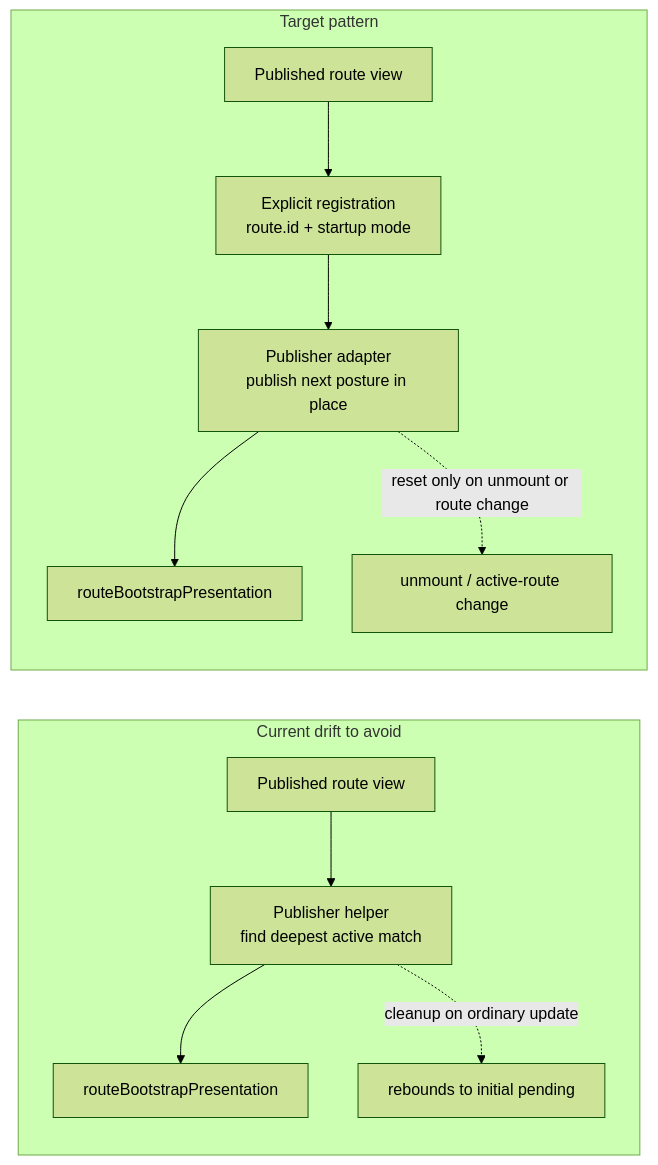
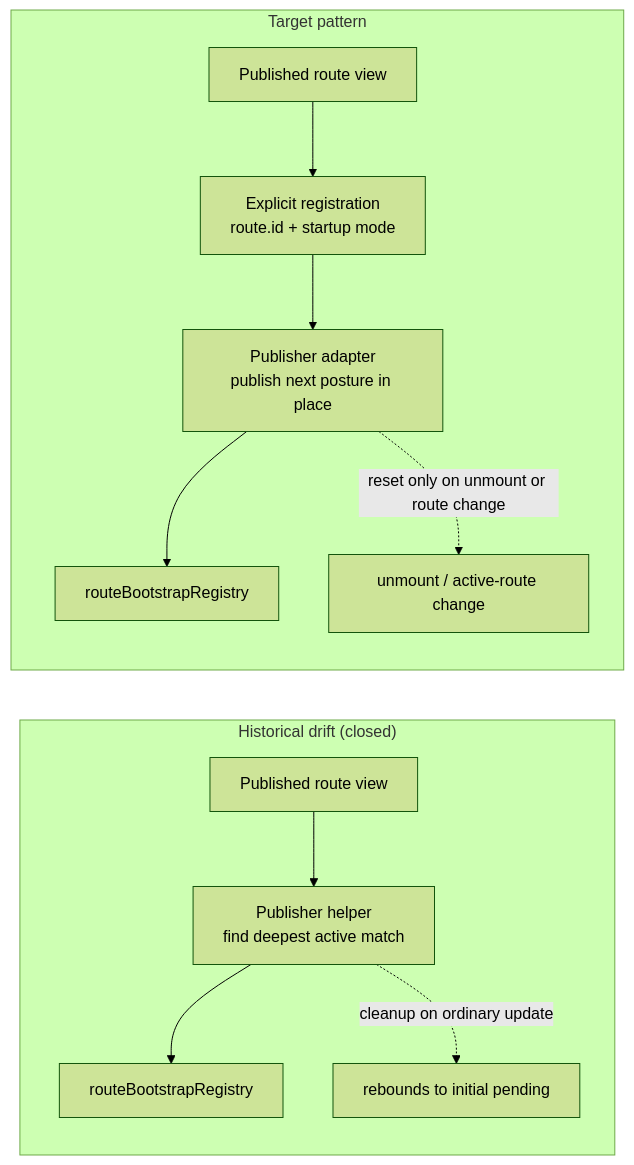
The fifth of 6 diagrams in docs/architecture/components/web/graph/canvas-component-map-and-modernization-review.md (dunay2/dvt), drawn with Mermaid (forest theme) before and after one commit. The commit also changed other lines of this file and 34 other files, not shown here.

Commit message:
refactor(web): Split route bootstrap ownership and align graph docs

````diff
--- a/docs/architecture/components/web/graph/canvas-component-map-and-modernization-review.md
+++ b/docs/architecture/components/web/graph/canvas-component-map-and-modernization-review.md
@@ -292,15 +305,15 @@
 ```mermaid
 flowchart LR
-  subgraph CurrentDrift["Current drift to avoid"]
+  subgraph CurrentDrift["Historical drift (closed)"]
     ViewCurrent["Published route view"] --> HookCurrent["Publisher helper\nfind deepest active match"]
-    HookCurrent --> RegistryCurrent["routeBootstrapPresentation"]
+    HookCurrent --> RegistryCurrent["routeBootstrapRegistry"]
     HookCurrent -. "cleanup on ordinary update" .-> Rebound["rebounds to initial pending"]
   end
 
   subgraph TargetPattern["Target pattern"]
     ViewTarget["Published route view"] --> Registration["Explicit registration\nroute.id + startup mode"]
     Registration --> HookTarget["Publisher adapter\npublish next posture in place"]
-    HookTarget --> RegistryTarget["routeBootstrapPresentation"]
+    HookTarget --> RegistryTarget["routeBootstrapRegistry"]
     HookTarget -. "reset only on unmount or route change" .-> Unmount["unmount / active-route change"]
   end
 ```
````
